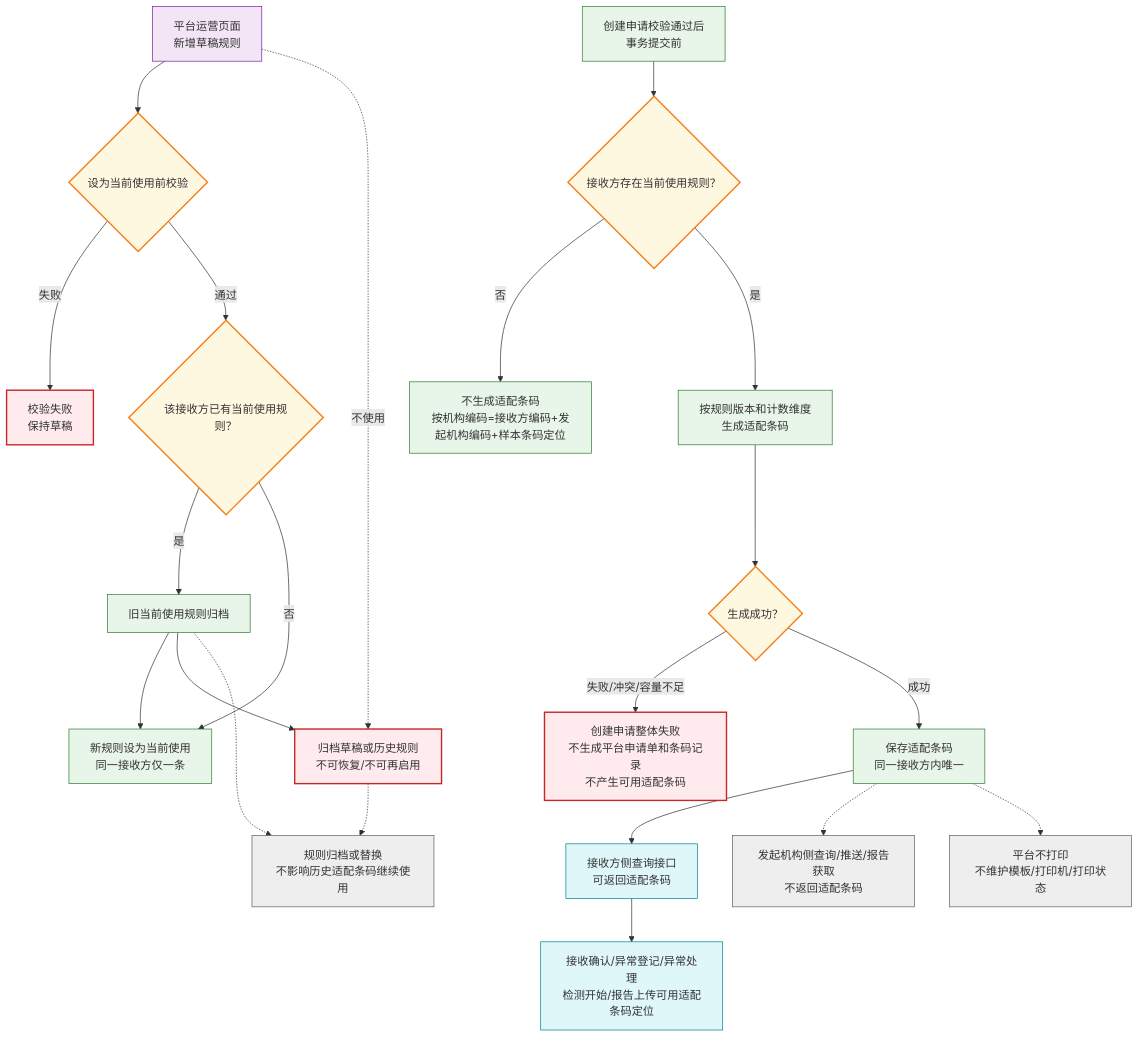
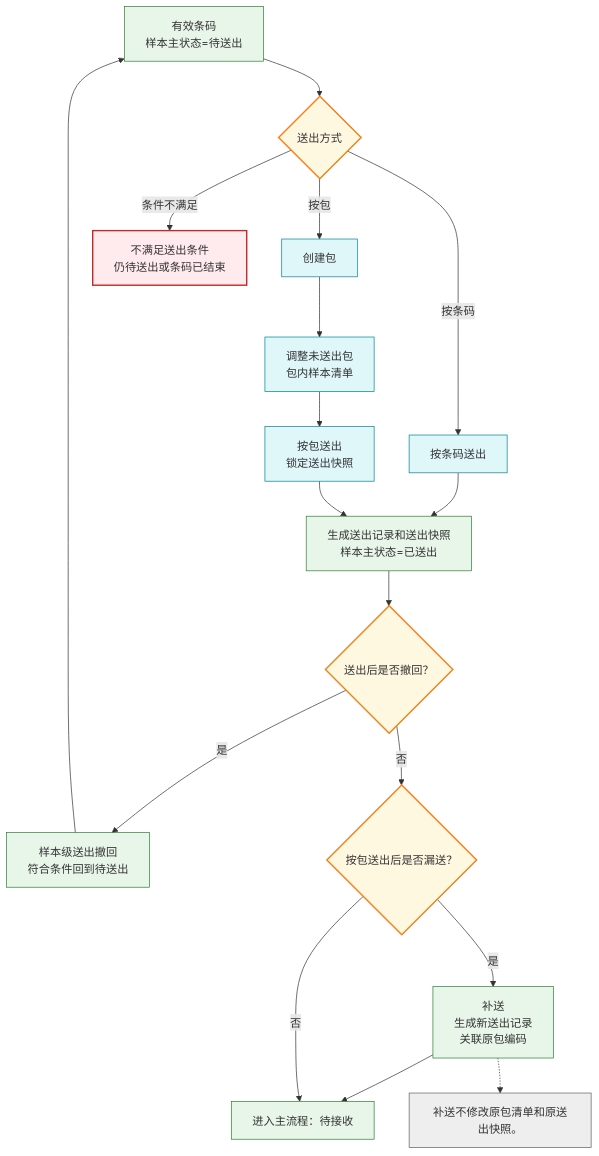
One commit to taskMain/Lis changed the third of 7 diagrams in 协同平台/政策文档/版本7/PRD_流程图_整合版.md. Above: the diagram before and after it, drawn with Mermaid. The commit also changed other lines of this file and 2 other files, not shown here.

Commit message:
docs(PRD): 重构流程图整合版文档，提取条码流转主流程并补充子流程与规则说明，提升可读性与维护性

````diff
--- a/协同平台/政策文档/版本7/PRD_流程图_整合版.md
+++ b/协同平台/政策文档/版本7/PRD_流程图_整合版.md
@@ -133,51 +151,35 @@
 ```mermaid
-flowchart TB
-    classDef page fill:#f3e5f5,stroke:#7b1fa2,stroke-width:1px
+flowchart TD
     classDef process fill:#e8f5e9,stroke:#2e7d32,stroke-width:1px
     classDef decision fill:#fff8e1,stroke:#f57f17,stroke-width:2px
     classDef terminal fill:#ffebee,stroke:#c62828,stroke-width:2px
-    classDef external fill:#e0f7fa,stroke:#00838f,stroke-width:1px
+    classDef actor fill:#e0f7fa,stroke:#00838f,stroke-width:1px
     classDef note fill:#eeeeee,stroke:#616161,stroke-width:1px
 
-    R1["平台运营页面<br>新增草稿规则"]:::page
-    R2{"设为当前使用前校验"}:::decision
-    R3["校验失败<br>保持草稿"]:::terminal
-    R4{"该接收方已有当前使用规则？"}:::decision
-    R5["旧当前使用规则归档"]:::process
-    R6["新规则设为当前使用<br>同一接收方仅一条"]:::process
-    R7["归档草稿或历史规则<br>不可恢复/不可再启用"]:::terminal
+    A["有效条码<br>样本主状态=待送出"]:::process
+    B{"送出方式"}:::decision
+    C["按条码送出"]:::actor
+    D["创建包"]:::actor
+    E["调整未送出包<br>包内样本清单"]:::actor
+    F["按包送出<br>锁定送出快照"]:::actor
+    G["生成送出记录和送出快照<br>样本主状态=已送出"]:::process
+    H{"送出后是否撤回？"}:::decision
+    I["样本级送出撤回<br>符合条件回到待送出"]:::process
+    J{"按包送出后是否漏送？"}:::decision
+    K["补送<br>生成新送出记录<br>关联原包编码"]:::process
+    L["进入主流程：待接收"]:::process
+    X["不满足送出条件<br>仍待送出或条码已结束"]:::terminal
 
-    R1 --> R2
-    R2 -->|"失败"| R3
-    R2 -->|"通过"| R4
-    R4 -->|"是"| R5 --> R6
-    R4 -->|"否"| R6
-    R1 -.->|"不使用"| R7
-    R5 --> R7
+    A --> B
+    B -->|"按条码"| C --> G
+    B -->|"按包"| D --> E --> F --> G
+    B -->|"条件不满足"| X
+    G --> H
+    H -->|"是"| I --> A
+    H -->|"否"| J
+    J -->|"是"| K --> L
+    J -->|"否"| L
 
-    A1["创建申请校验通过后<br>事务提交前"]:::process
-    A2{"接收方存在当前使用规则？"}:::decision
-    A3["不生成适配条码<br>按机构编码=接收方编码+发起机构编码+样本条码定位"]:::process
-    A4["按规则版本和计数维度<br>生成适配条码"]:::process
-    A5{"生成成功？"}:::decision
-    A6["创建申请整体失败<br>不生成平台申请单和条码记录<br>不产生可用适配条码"]:::terminal
-    A7["保存适配条码<br>同一接收方内唯一"]:::process
-
-    A1 --> A2
-    A2 -->|"否"| A3
-    A2 -->|"是"| A4 --> A5
-    A5 -->|"失败/冲突/容量不足"| A6
-    A5 -->|"成功"| A7
-
-    U1["接收方侧查询接口<br>可返回适配条码"]:::external
-    U2["接收确认/异常登记/异常处理<br>检测开始/报告上传可用适配条码定位"]:::external
-    U3["发起机构侧查询/推送/报告获取<br>不返回适配条码"]:::note
-    U4["平台不打印<br>不维护模板/打印机/打印状态"]:::note
-    U5["规则归档或替换<br>不影响历史适配条码继续使用"]:::note
-
-    A7 --> U1 --> U2
-    A7 -.-> U3
-    A7 -.-> U4
-    R5 -.-> U5
-    R7 -.-> U5
+    N1["补送不修改原包清单和原送出快照。"]:::note
+    K -.-> N1
 ```
````
